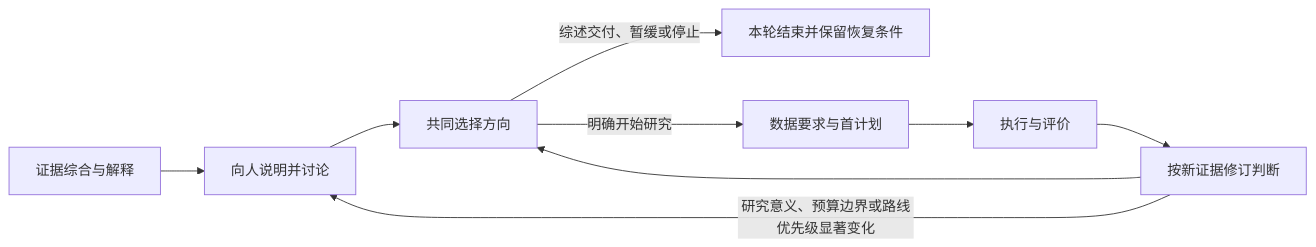
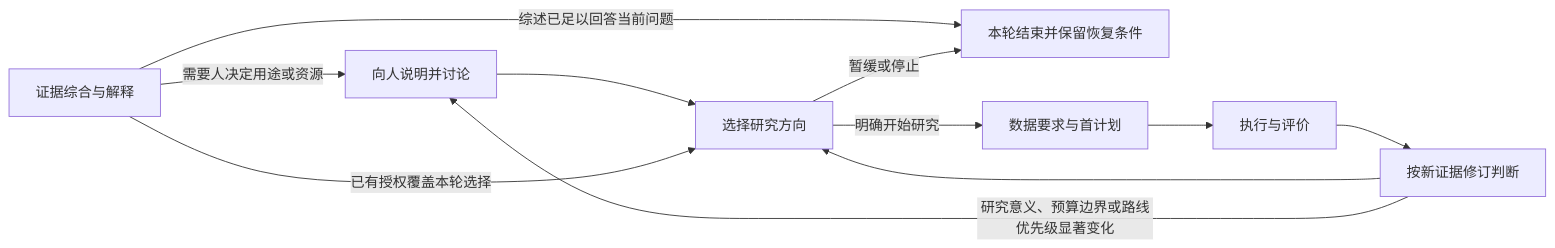
One commit to vvcchh0/BioInformaticsHarness changed the diagram in core/docs/methods/guides/research-guidance-cycle.md. Above: the diagram before and after it, drawn with Mermaid. The commit also changed other lines of this file and 30 other files, not shown here.

````diff
--- a/core/docs/methods/guides/research-guidance-cycle.md
+++ b/core/docs/methods/guides/research-guidance-cycle.md
@@ -29,11 +37,13 @@
 ```mermaid
 flowchart LR
-    S[证据综合与解释] --> H[向人说明并讨论]
-    H --> C[共同选择方向]
-    C -->|综述交付、暂缓或停止| E[本轮结束并保留恢复条件]
+    S[证据综合与解释] -->|需要人决定用途或资源| H[向人说明并讨论]
+    S -->|综述已足以回答当前问题| E[本轮结束并保留恢复条件]
+    H --> C[选择研究方向]
+    S -->|已有授权覆盖本轮选择| C
+    C -->|暂缓或停止| E
     C -->|明确开始研究| D[数据要求与首计划]
     D --> X[执行与评价]
     X --> R[按新证据修订判断]
     R --> C
     R -->|研究意义、预算边界或路线优先级显著变化| H
 ```
````
